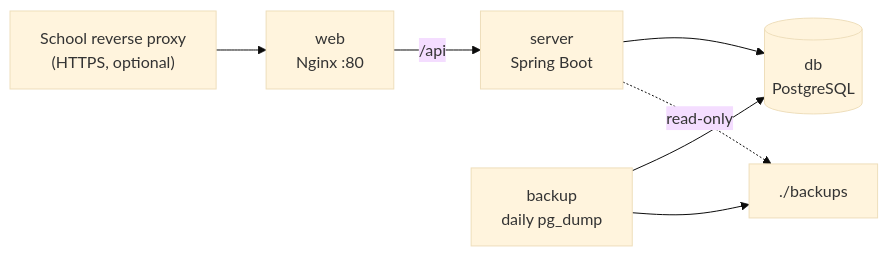
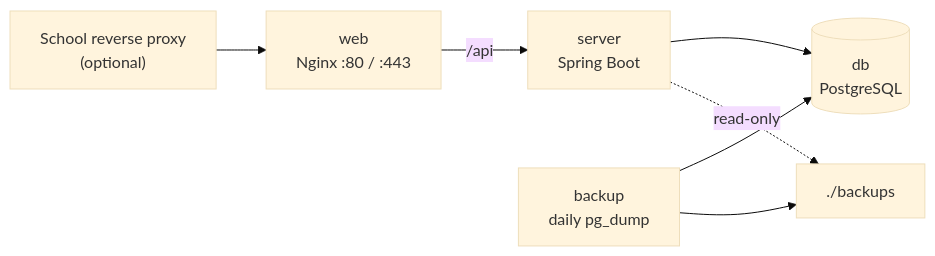
One commit to alaner652/tpcu-testa changed the diagram in docs/deployment.md. Above: the diagram before and after it, drawn with Mermaid (base theme). The commit also changed other lines of this file and 13 other files, not shown here.

First line of the commit message:
Add optional HTTPS on the VM and document network, offline and upgrade steps

````diff
--- a/docs/deployment.md
+++ b/docs/deployment.md
@@ -3,9 +3,9 @@
 ```mermaid
 flowchart LR
-    P["School reverse proxy<br/>(HTTPS, optional)"] --> W["web<br/>Nginx :80"]
+    P["School reverse proxy<br/>(optional)"] --> W["web<br/>Nginx :80 / :443"]
     W -->|/api| S["server<br/>Spring Boot"]
     S --> D[("db<br/>PostgreSQL")]
     K["backup<br/>daily pg_dump"] --> D
     K --> F["./backups"]
     S -.read-only.-> F
 ```
````
